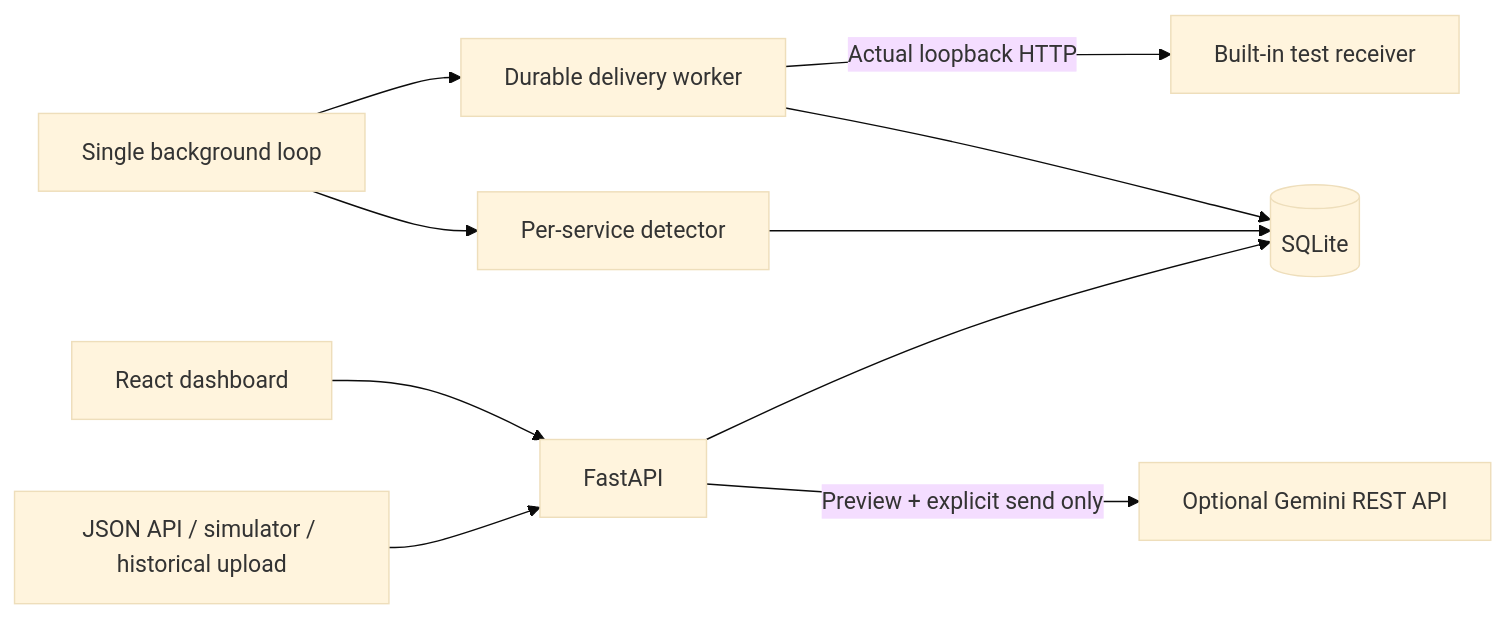
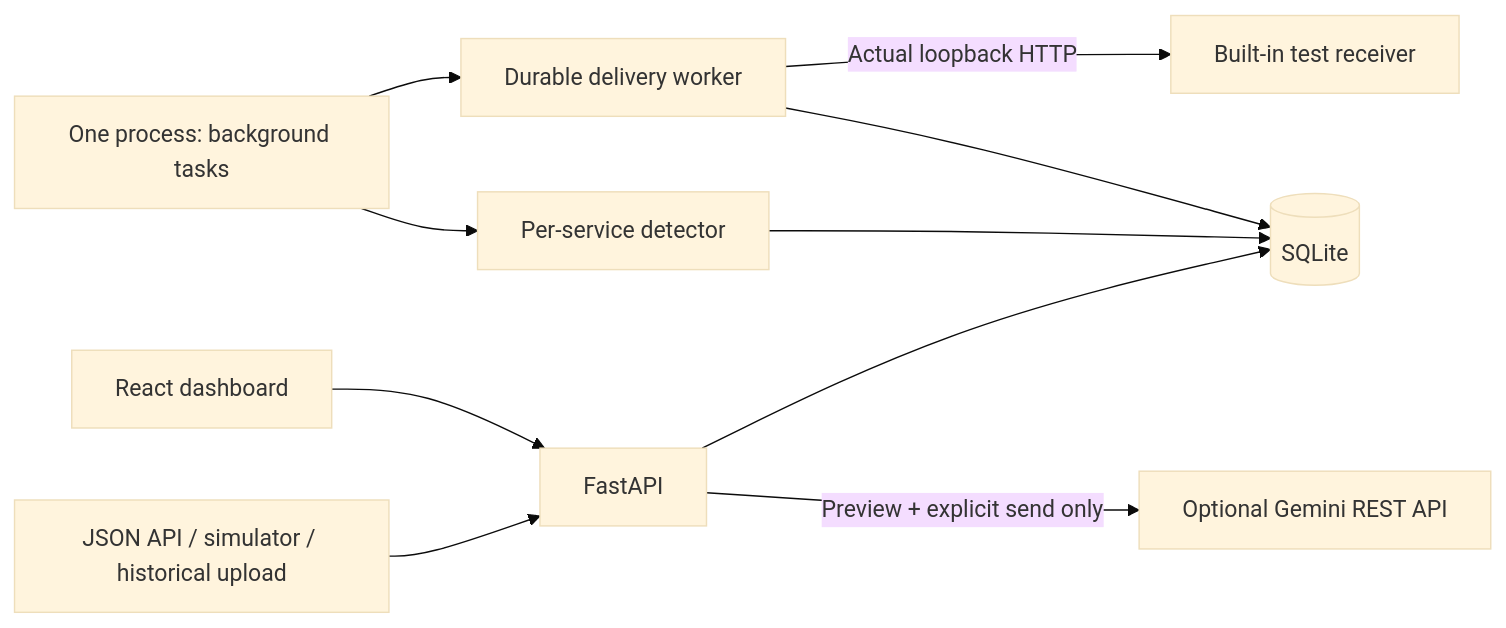
The diagram in README.md (junaidk14/log-watchdog), drawn with Mermaid (base theme) before and after one commit. The commit also changed other lines of this file and 24 other files, not shown here.

````diff
--- a/README.md
+++ b/README.md
@@ -48,12 +54,12 @@
 ```mermaid
 flowchart LR
     Sources[JSON API / simulator / historical upload] --> API[FastAPI]
     UI[React dashboard] --> API
     API --> DB[(SQLite)]
-    Loop[Single background loop] --> Detector[Per-service detector]
+    Loop[One process: background tasks] --> Detector[Per-service detector]
     Detector --> DB
     Loop --> Delivery[Durable delivery worker]
     Delivery -->|Actual loopback HTTP| Receiver[Built-in test receiver]
     Delivery --> DB
     API -->|Preview + explicit send only| Gemini[Optional Gemini REST API]
 ```
````
